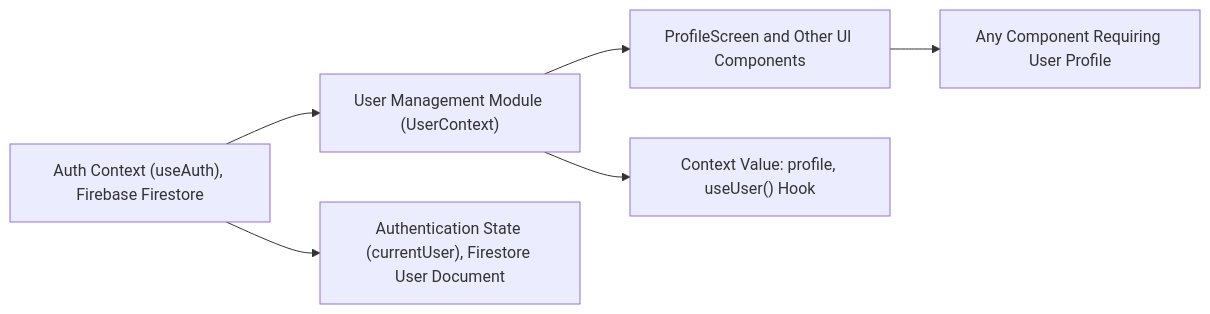
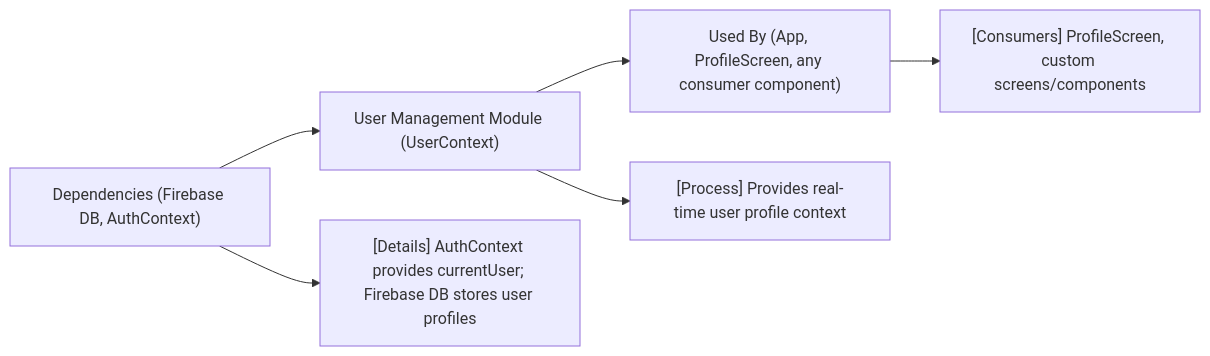
The diagram in .shelfya/guide/user-management.md (lucasboucher/Expo-Firebase-Boiler-Plate-2), drawn with Mermaid before and after one commit. The commit also changed other lines of this file and 7 other files, not shown here.

````diff
--- a/.shelfya/guide/user-management.md
+++ b/.shelfya/guide/user-management.md
@@ -43,7 +45,7 @@
 ```mermaid
 flowchart LR
-  dependencies["Auth Context (useAuth), Firebase Firestore"] --> thisModule["User Management Module (UserContext)"] --> usedBy["ProfileScreen and Other UI Components"]
-  dependencies --> details["Authentication State (currentUser), Firestore User Document"]
-  thisModule --> process["Context Value: profile, useUser() Hook"] 
-  usedBy --> consumers["Any Component Requiring User Profile"]
+  dependencies["Dependencies (Firebase DB, AuthContext)"] --> thisModule["User Management Module (UserContext)"] --> usedBy["Used By (App, ProfileScreen, any consumer component)"]
+  dependencies --> details["[Details] AuthContext provides currentUser; Firebase DB stores user profiles"]
+  thisModule --> process["[Process] Provides real-time user profile context"]
+  usedBy --> consumers["[Consumers] ProfileScreen, custom screens/components"]
 ```
````
